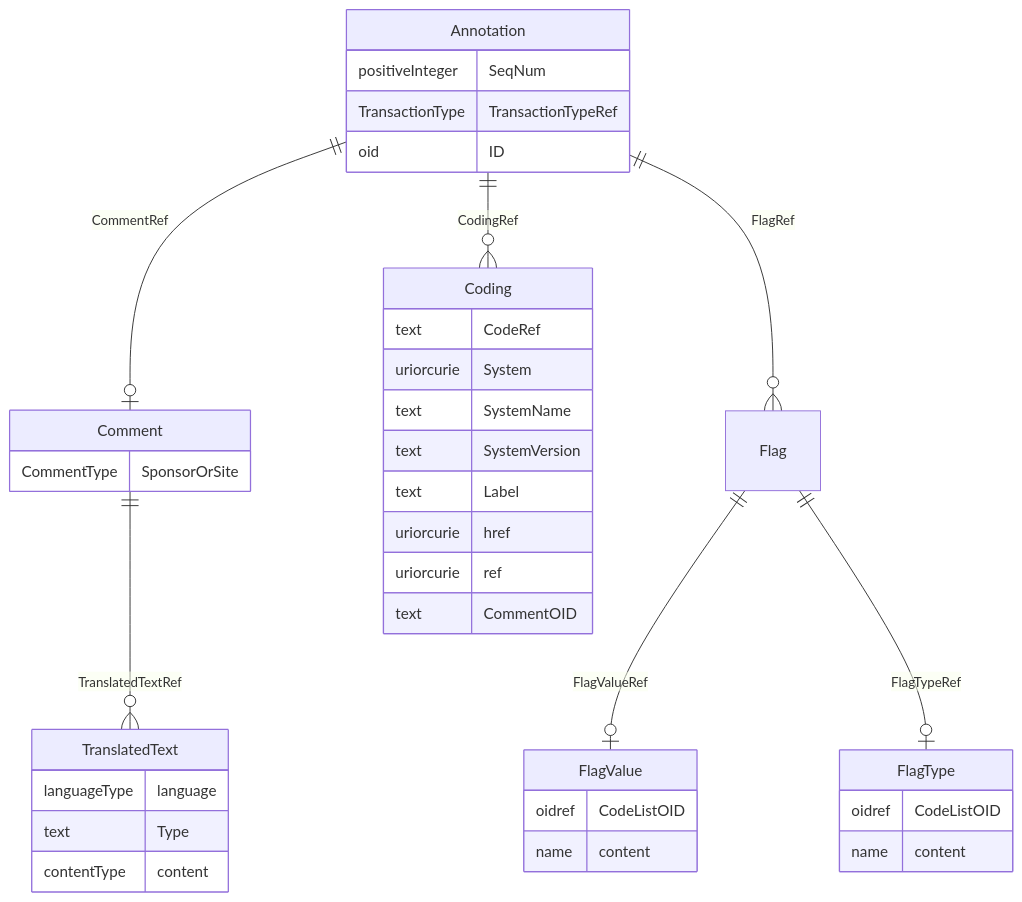
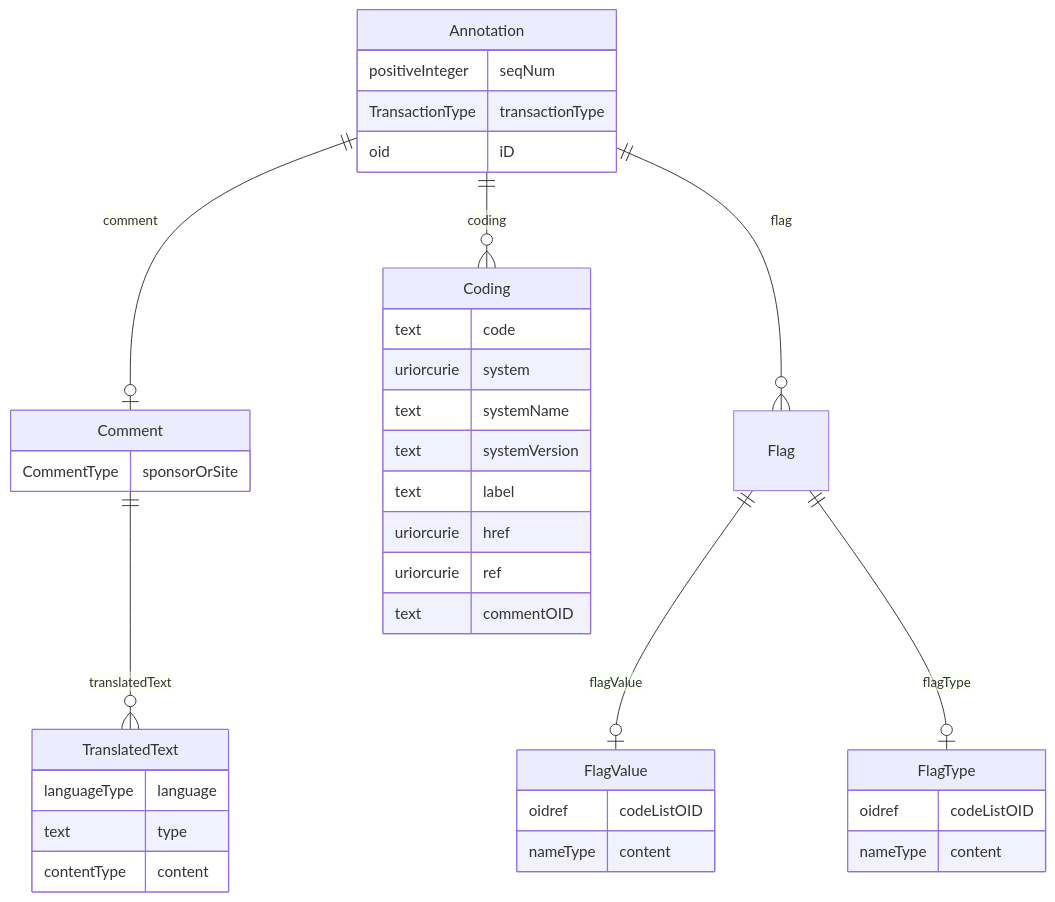
One commit to cdisc-org/DataExchange-ODM-LinkML changed the diagram in docs/Annotation.md. Above: the diagram before and after it, drawn with Mermaid. The commit also changed other lines of this file and 759 other files, not shown here.

````diff
--- a/docs/Annotation.md
+++ b/docs/Annotation.md
@@ -11,45 +11,45 @@
 ```mermaid
 erDiagram
 Annotation {
-    positiveInteger SeqNum  
-    TransactionType TransactionTypeRef  
-    oid ID  
+    positiveInteger seqNum  
+    TransactionType transactionType  
+    oid iD  
 }
 Flag {
 
 }
 FlagType {
-    oidref CodeListOID  
-    name content  
+    oidref codeListOID  
+    nameType content  
 }
 FlagValue {
-    oidref CodeListOID  
-    name content  
+    oidref codeListOID  
+    nameType content  
 }
 Coding {
-    text CodeRef  
-    uriorcurie System  
-    text SystemName  
-    text SystemVersion  
-    text Label  
+    text code  
+    uriorcurie system  
+    text systemName  
+    text systemVersion  
+    text label  
     uriorcurie href  
     uriorcurie ref  
-    text CommentOID  
+    text commentOID  
 }
 Comment {
-    CommentType SponsorOrSite  
+    CommentType sponsorOrSite  
 }
 TranslatedText {
     languageType language  
-    text Type  
+    text type  
     contentType content  
 }
 
-Annotation ||--|o Comment : "CommentRef"
-Annotation ||--}o Coding : "CodingRef"
-Annotation ||--}o Flag : "FlagRef"
-Flag ||--|o FlagValue : "FlagValueRef"
-Flag ||--|o FlagType : "FlagTypeRef"
-Comment ||--}o TranslatedText : "TranslatedTextRef"
+Annotation ||--|o Comment : "comment"
+Annotation ||--}o Coding : "coding"
+Annotation ||--}o Flag : "flag"
+Flag ||--|o FlagValue : "flagValue"
+Flag ||--|o FlagType : "flagType"
+Comment ||--}o TranslatedText : "translatedText"
 
 ```
````
